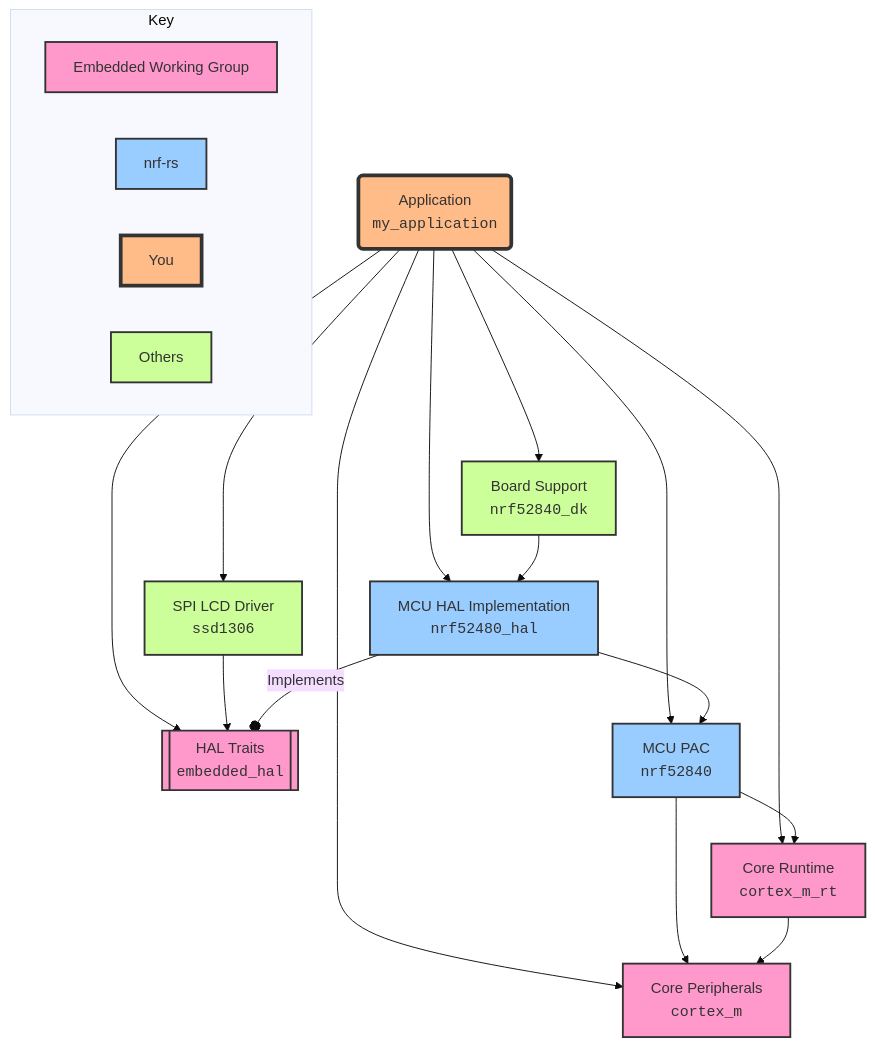
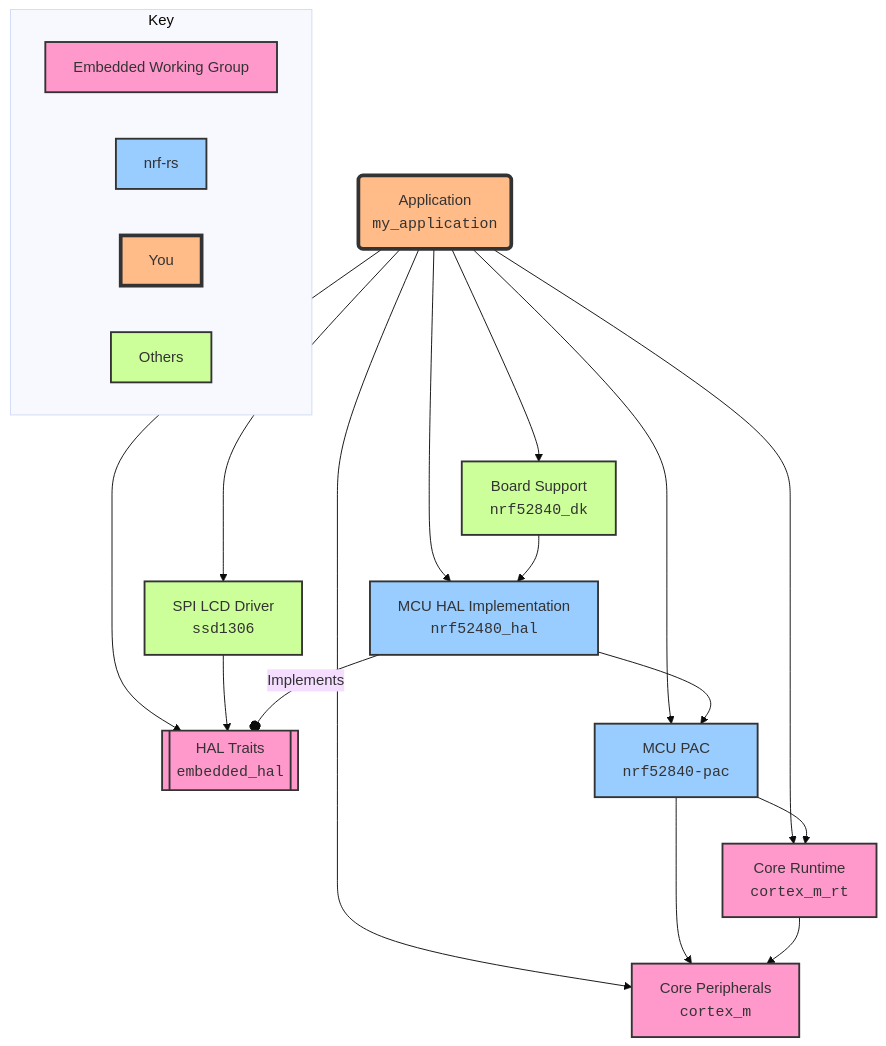
The diagram in training-slides/src/rust-bare-metal.md (ferrous-systems/rust-training), drawn with Mermaid (base theme) before and after one commit.

Commit message:
point to nrf52840-pac

````diff
--- a/training-slides/src/rust-bare-metal.md
+++ b/training-slides/src/rust-bare-metal.md
@@ -29,47 +29,47 @@
 ```mermaid
 graph TB
     app(Application<br/><tt>my_application</tt>)
     bsc[Board Support<br/><tt>nrf52840_dk</tt>]
     hal[MCU HAL Implementation<br/><tt>nrf52480_hal</tt>]
     lcd_driver[SPI LCD Driver<br/><tt>ssd1306</tt>]
     hal_traits[[HAL Traits<br/><tt>embedded_hal</tt>]]
-    pac[MCU PAC<br/><tt>nrf52840</tt>]
+    pac[MCU PAC<br/><tt>nrf52840-pac</tt>]
     rt[Core Runtime<br/><tt>cortex_m_rt</tt>]
     cp[Core Peripherals<br/><tt>cortex_m</tt>]
 
     subgraph Key
         note1[Embedded Working Group]
         note2[nrf-rs]
         note3[You]
         note4[Others]
     end
 
     direction TB
     app --> bsc
     app & bsc --> hal
     app --> lcd_driver
     app & lcd_driver --> hal_traits
     hal -- Implements --o hal_traits
     app & hal --> pac
     app & pac --> rt
     app & pac & rt --> cp
 
     class app binary;
     class bsc library;
     class lcd_driver library;
     class hal mcu_library;
     class pac mcu_library;
     class hal_traits ewg_library;
     class rt ewg_library;
     class cp ewg_library;
 
     class note1 ewg_library;
     class note2 mcu_library;
     class note3 binary;
     class note4 library;
 
     classDef binary fill:#fb8,stroke:#333,stroke-width:4px;
     classDef library fill:#cf9,stroke:#333,stroke-width:2px;
     classDef ewg_library fill:#f9c,stroke:#333,stroke-width:2px;
     classDef mcu_library fill:#9cf,stroke:#333,stroke-width:2px;
 ```
````
